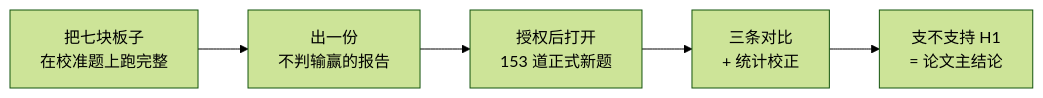
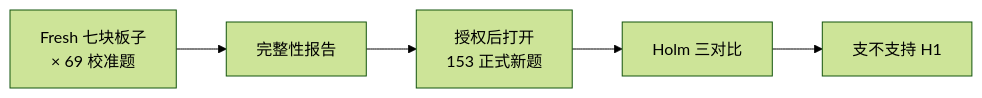
The fifth of 5 diagrams in LOGS/report_week4.md (BoyuanZhu2021/research_2026), drawn with Mermaid (forest theme) before and after one commit. The commit also changed other lines of this file and 11 other files, not shown here.

````diff
--- a/LOGS/report_week4.md
+++ b/LOGS/report_week4.md
@@ -244,7 +450,7 @@
 ```mermaid
 flowchart LR
-    A["把七块板子<br/>在校准题上跑完整"] --> B["出一份<br/>不判输赢的报告"]
-    B --> C["授权后打开<br/>153 道正式新题"]
-    C --> D["三条对比<br/>+ 统计校正"]
-    D --> E["支不支持 H1<br/>= 论文主结论"]
+    A["Fresh 七块板子<br/>× 69 校准题"] --> B["完整性报告"]
+    B --> C["授权后打开<br/>153 正式新题"]
+    C --> D["Holm 三对比"]
+    D --> E["支不支持 H1"]
 ```
````
